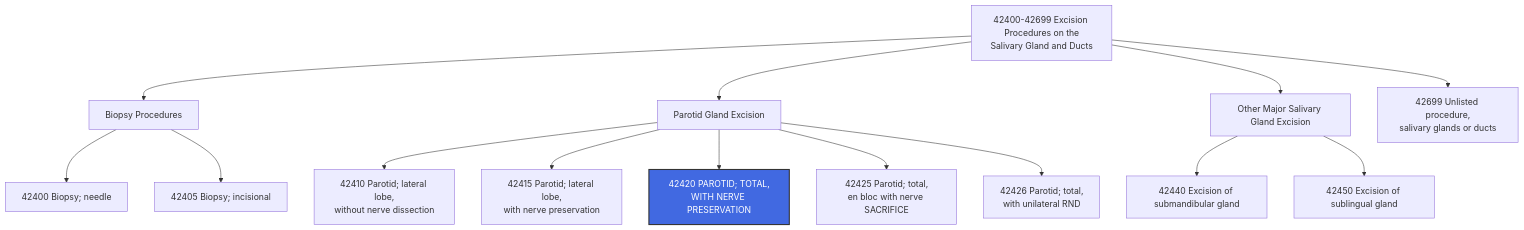
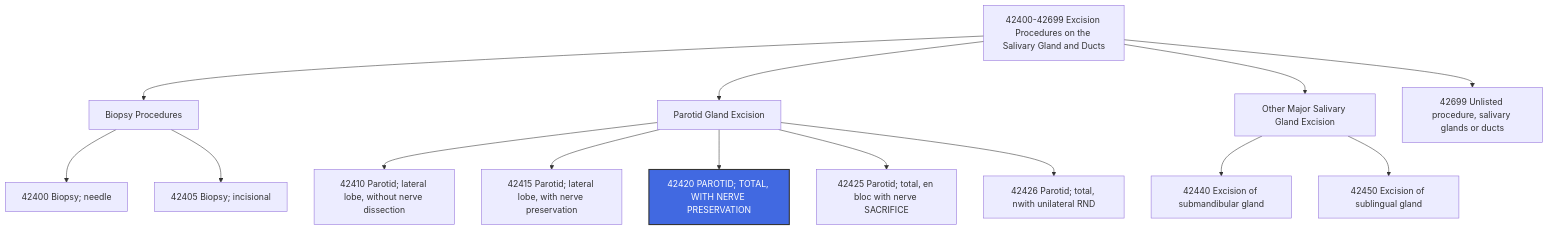
The diagram in content/50 Medical Coding/CPT Codes/42420.md (crmills81/MCW_Coder_Hub), drawn with Mermaid before and after one commit. The commit also changed 75 other files, not shown here.

````diff
--- a/content/50 Medical Coding/CPT Codes/42420.md
+++ b/content/50 Medical Coding/CPT Codes/42420.md
@@ -136,21 +136,21 @@
 ```mermaid
 flowchart TD
-    A["42400-42699 Excision Procedures on the\nSalivary Gland and Ducts"] --> B["Biopsy Procedures"]
+    A["42400-42699 Excision Procedures on the Salivary Gland and Ducts"] --> B["Biopsy Procedures"]
     B --> C["42400 Biopsy; needle"]
     B --> D["42405 Biopsy; incisional"]
 
     A --> E["Parotid Gland Excision"]
-    E --> F["42410 Parotid; lateral lobe,\nwithout nerve dissection"]
-    E --> G["42415 Parotid; lateral lobe,\nwith nerve preservation"]
-    E --> H["42420 PAROTID; TOTAL,\nWITH NERVE PRESERVATION"]
-    E --> I["42425 Parotid; total,\nen bloc with nerve SACRIFICE"]
-    E --> J["42426 Parotid; total,\nwith unilateral RND"]
+    E --> F["42410 Parotid; lateral lobe, without nerve dissection"]
+    E --> G["42415 Parotid; lateral lobe, with nerve preservation"]
+    E --> H["42420 PAROTID; TOTAL, WITH NERVE PRESERVATION"]
+    E --> I["42425 Parotid; total, en bloc with nerve SACRIFICE"]
+    E --> J["42426 Parotid; total, nwith unilateral RND"]
 
     A --> K["Other Major Salivary Gland Excision"]
     K --> L["42440 Excision of submandibular gland"]
     K --> M["42450 Excision of sublingual gland"]
 
-    A --> N["42699 Unlisted procedure,\nsalivary glands or ducts"]
+    A --> N["42699 Unlisted procedure, salivary glands or ducts"]
 
     style H fill:#4169E1,stroke:#333,stroke-width:2px,color:white
 ```
````
